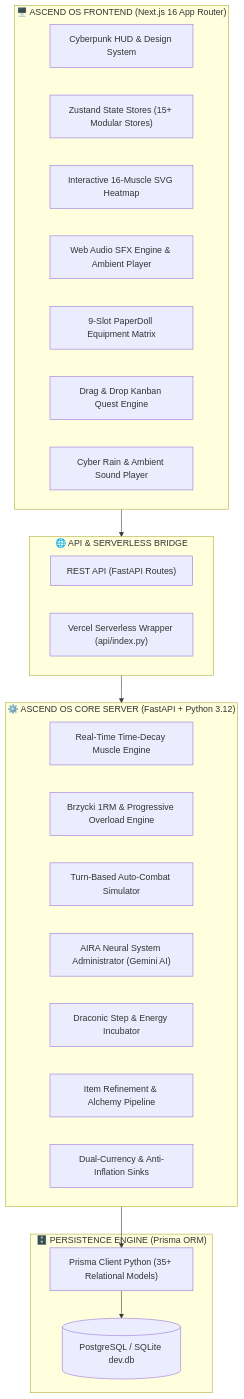
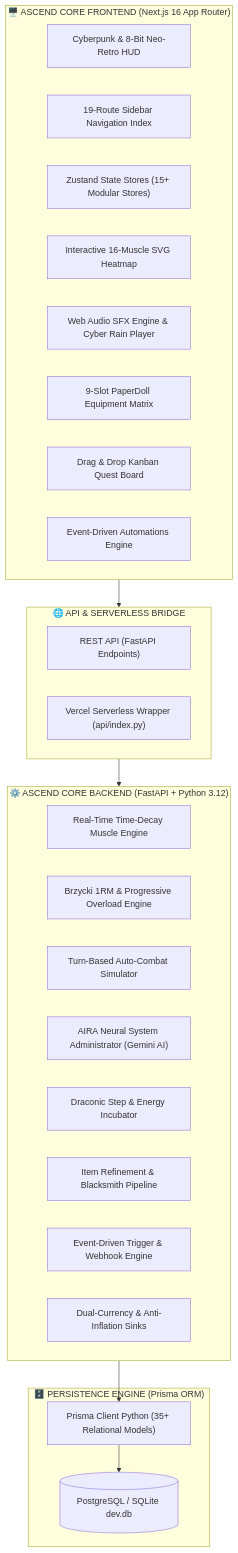
The diagram in README.md (RIll-cmd/ascend-core), drawn with Mermaid before and after one commit. The commit also changed other lines of this file and 41 other files, not shown here.

Commit message:
docs: update Visual Showcase with new UI screenshots across all 19 sidebar routes, expand key features & project structure

````diff
--- a/README.md
+++ b/README.md
@@ -162,37 +256,39 @@
 ```mermaid
 flowchart TB
-    subgraph Frontend["🖥️ ASCEND OS FRONTEND (Next.js 16 App Router)"]
-        UI["Cyberpunk HUD & Design System"]
+    subgraph Frontend["🖥️ ASCEND CORE FRONTEND (Next.js 16 App Router)"]
+        UI["Cyberpunk & 8-Bit Neo-Retro HUD"]
+        SidebarNav["19-Route Sidebar Navigation Index"]
         Zustand["Zustand State Stores (15+ Modular Stores)"]
         Heatmap["Interactive 16-Muscle SVG Heatmap"]
-        Audio["Web Audio SFX Engine & Ambient Player"]
+        Audio["Web Audio SFX Engine & Cyber Rain Player"]
         PaperDoll["9-Slot PaperDoll Equipment Matrix"]
-        Kanban["Drag & Drop Kanban Quest Engine"]
-        SoundPlayer["Cyber Rain & Ambient Sound Player"]
+        Kanban["Drag & Drop Kanban Quest Board"]
+        AutomationsUI["Event-Driven Automations Engine"]
     end
 
     subgraph API_Bridge["🌐 API & SERVERLESS BRIDGE"]
-        RestAPI["REST API (FastAPI Routes)"]
+        RestAPI["REST API (FastAPI Endpoints)"]
         VercelHandler["Vercel Serverless Wrapper (api/index.py)"]
     end
 
-    subgraph Backend["⚙️ ASCEND OS CORE SERVER (FastAPI + Python 3.12)"]
+    subgraph Backend["⚙️ ASCEND CORE BACKEND (FastAPI + Python 3.12)"]
         DecayEngine["Real-Time Time-Decay Muscle Engine"]
         FitnessEngine["Brzycki 1RM & Progressive Overload Engine"]
         CombatSim["Turn-Based Auto-Combat Simulator"]
         AiraAI["AIRA Neural System Administrator (Gemini AI)"]
         BeastIncubator["Draconic Step & Energy Incubator"]
-        CraftingEngine["Item Refinement & Alchemy Pipeline"]
+        CraftingEngine["Item Refinement & Blacksmith Pipeline"]
+        AutomationsEngine["Event-Driven Trigger & Webhook Engine"]
         EconomyEngine["Dual-Currency & Anti-Inflation Sinks"]
     end
 
     subgraph Storage["🗄️ PERSISTENCE ENGINE (Prisma ORM)"]
         DB[(PostgreSQL / SQLite dev.db)]
         PrismaClient["Prisma Client Python (35+ Relational Models)"]
     end
 
     Frontend --> API_Bridge
     API_Bridge --> Backend
     Backend --> PrismaClient
     PrismaClient --> DB
 ```
````
